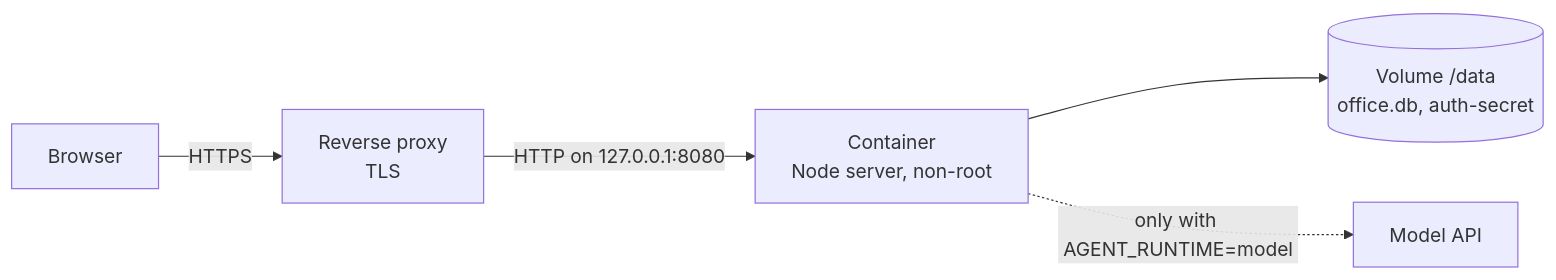
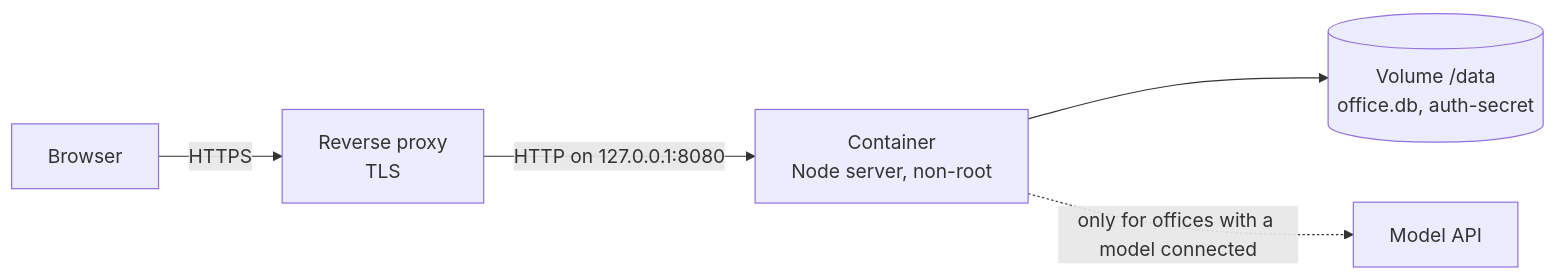
Before and after one commit to seyitgkc/ai-virtual-office: diagram 11 of 11 in README.md, drawn with Mermaid. The commit also changed other lines of this file and 3 other files, not shown here.

Commit message:
Document many offices and in-app AI provider settings

````diff
--- a/README.md
+++ b/README.md
@@ -1032,7 +1084,7 @@
 ```mermaid
 flowchart LR
   user["Browser"] -->|HTTPS| proxy["Reverse proxy<br/>TLS"]
   proxy -->|"HTTP on 127.0.0.1:8080"| app["Container<br/>Node server, non-root"]
   app --> vol[("Volume /data<br/>office.db, auth-secret")]
-  app -.->|"only with AGENT_RUNTIME=model"| api["Model API"]
+  app -.->|"only for offices with a model connected"| api["Model API"]
 ```
````
